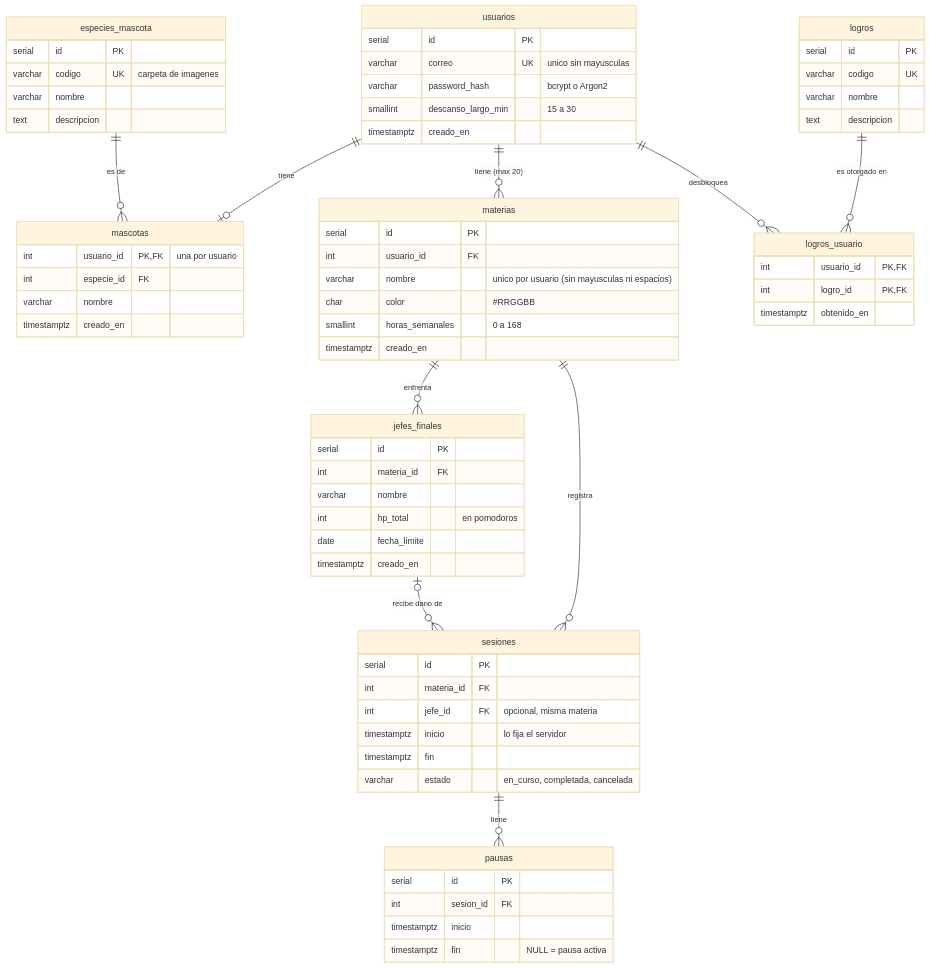
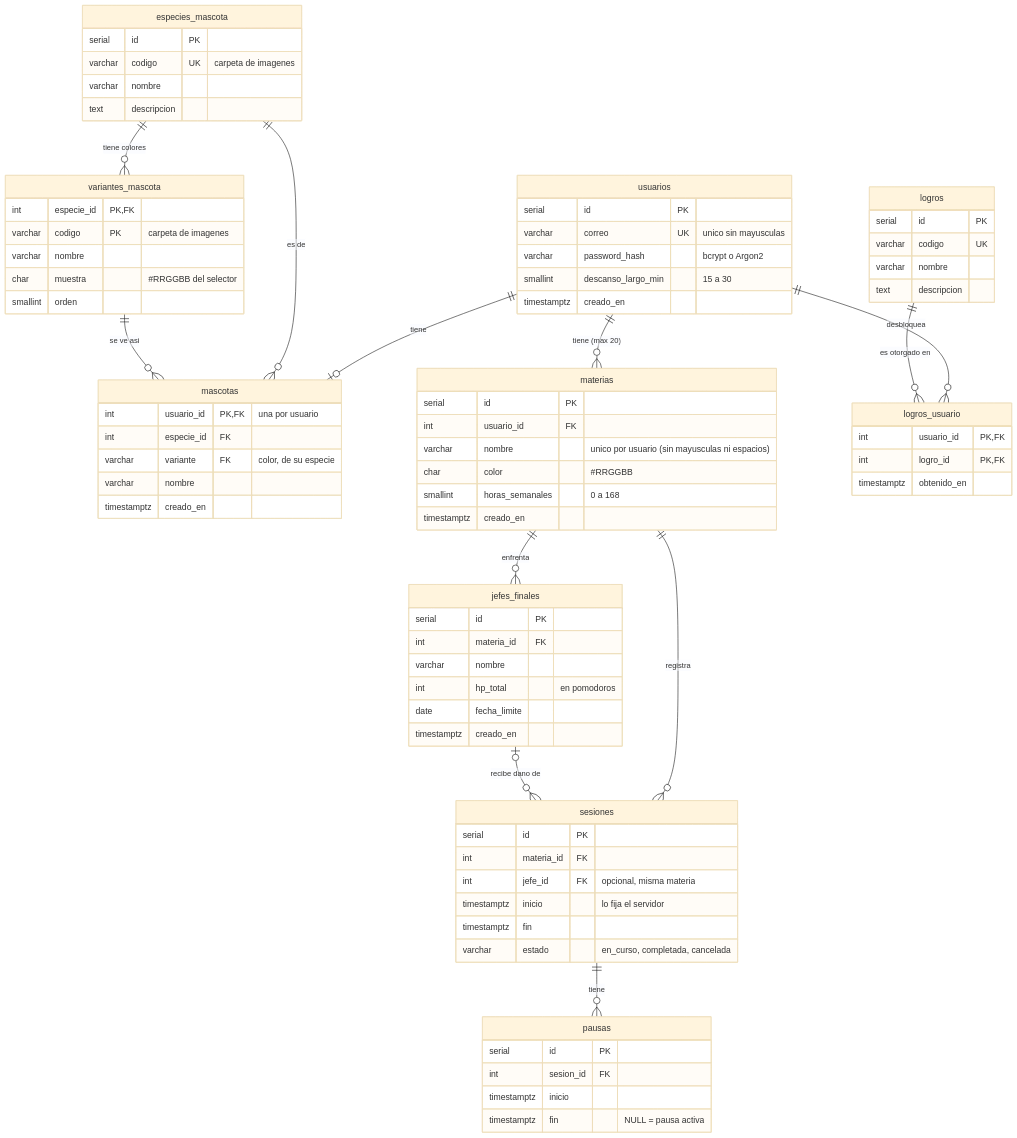
One commit to You9123/PomoPet changed the diagram in docs/modelo-datos.md. Above: the diagram before and after it, drawn with Mermaid (base theme). The commit also changed other lines of this file and 4 other files, not shown here.

First line of the commit message:
feat(database): agrega colores de mascota con variantes_mascota y mascotas.variante

```diff
--- a/docs/modelo-datos.md
+++ b/docs/modelo-datos.md
@@ -10,6 +10,8 @@
 erDiagram
     usuarios ||--o| mascotas : "tiene"
     especies_mascota ||--o{ mascotas : "es de"
+    especies_mascota ||--o{ variantes_mascota : "tiene colores"
+    variantes_mascota ||--o{ mascotas : "se ve asi"
     usuarios ||--o{ materias : "tiene (max 20)"
     usuarios ||--o{ logros_usuario : "desbloquea"
     logros ||--o{ logros_usuario : "es otorgado en"
@@ -31,9 +33,17 @@
         varchar nombre
         text descripcion
     }
+    variantes_mascota {
+        int especie_id PK, FK
+        varchar codigo PK "carpeta de imagenes"
+        varchar nombre
+        char muestra "#RRGGBB del selector"
+        smallint orden
+    }
     mascotas {
         int usuario_id PK, FK "una por usuario"
         int especie_id FK
+        varchar variante FK "color, de su especie"
         varchar nombre
         timestamptz creado_en
     }
```
